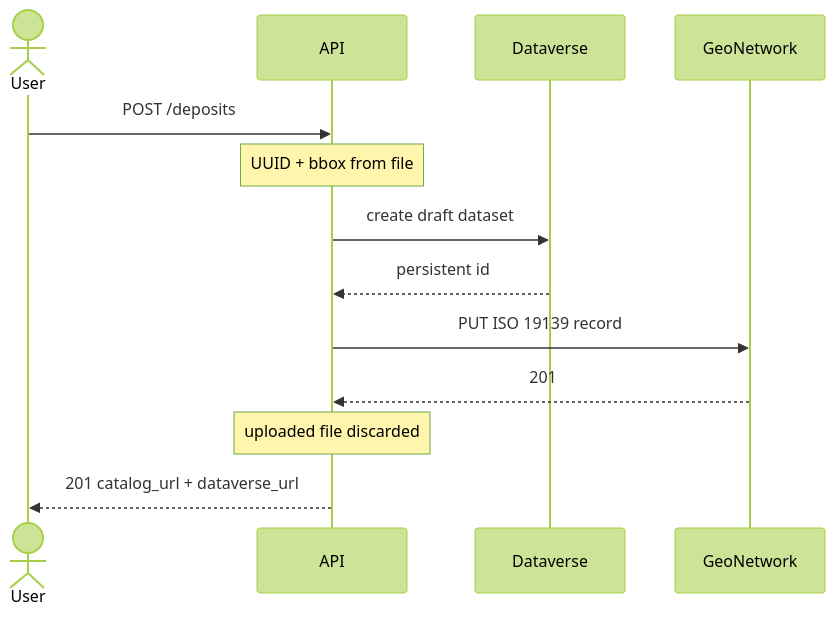
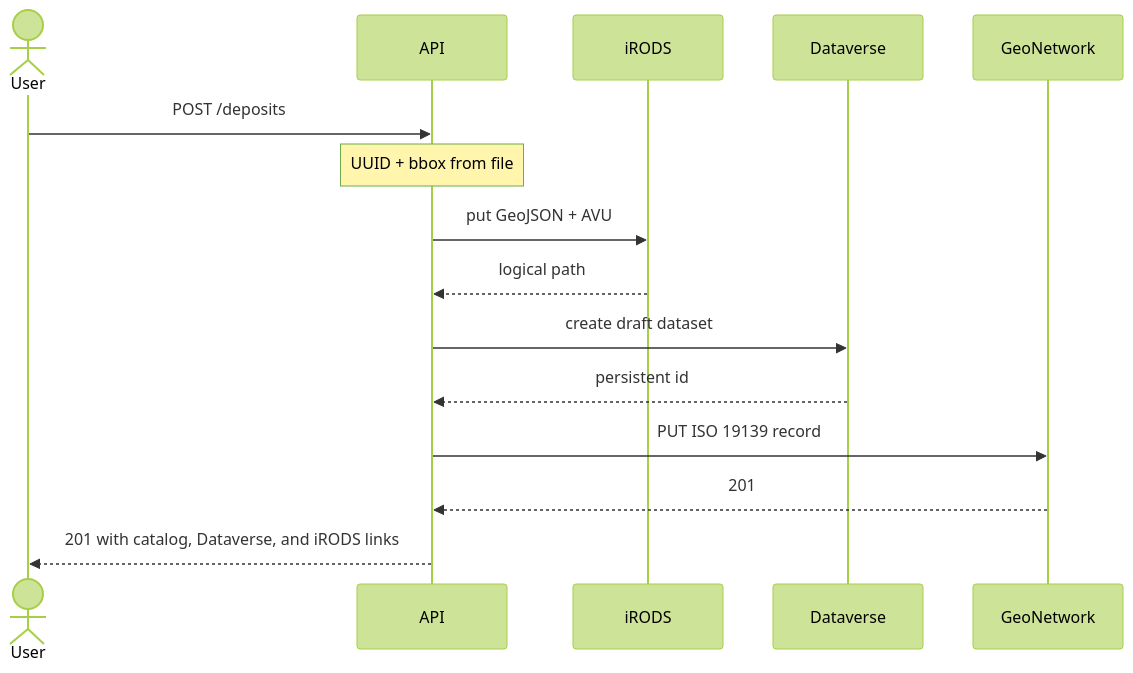
One commit to Merwanel/demo-geo-deposit changed the diagram in README.md. Above: the diagram before and after it, drawn with Mermaid (forest theme). The commit also changed other lines of this file and 16 other files, not shown here.

````diff
--- a/README.md
+++ b/README.md
@@ -8,15 +6,17 @@
 ```mermaid
 sequenceDiagram
     actor User
     participant API
+    participant iRODS
     participant Dataverse
     participant GeoNetwork
     User->>API: POST /deposits
     Note over API: UUID + bbox from file
+    API->>iRODS: put GeoJSON + AVU
+    iRODS-->>API: logical path
     API->>Dataverse: create draft dataset
     Dataverse-->>API: persistent id
     API->>GeoNetwork: PUT ISO 19139 record
     GeoNetwork-->>API: 201
-    Note over API: uploaded file discarded
-    API-->>User: 201 catalog_url + dataverse_url
+    API-->>User: 201 with catalog, Dataverse, and iRODS links
 ```
````
